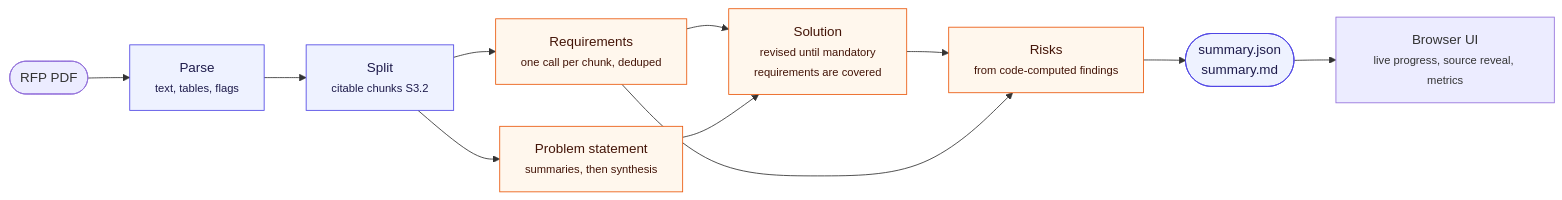
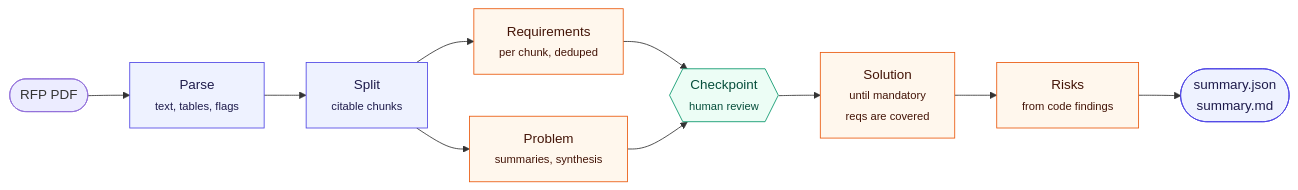
One commit to lofeodo/rfp-solution-summary-generator changed the first of 3 diagrams in README.md. Above: the diagram before and after it, drawn with Mermaid. The commit also changed other lines of this file and 7 other files, not shown here.

````diff
--- a/README.md
+++ b/README.md
@@ -73,17 +12,18 @@
 ```mermaid
 flowchart LR
     PDF([RFP PDF]) --> A[Parse<br/><small>text, tables, flags</small>]
-    A --> B[Split<br/><small>citable chunks S3.2</small>]
-    B --> C[Requirements<br/><small>one call per chunk, deduped</small>]
-    B --> D[Problem statement<br/><small>summaries, then synthesis</small>]
-    C --> E[Solution<br/><small>revised until mandatory<br/>requirements are covered</small>]
-    D --> E
-    E --> F[Risks<br/><small>from code-computed findings</small>]
-    C --> F
+    A --> B[Split<br/><small>citable chunks</small>]
+    B --> C[Requirements<br/><small>per chunk, deduped</small>]
+    B --> D[Problem<br/><small>summaries, synthesis</small>]
+    C --> H{{Checkpoint<br/><small>human review</small>}}
+    D --> H
+    H --> E[Solution<br/><small>until mandatory<br/>reqs are covered</small>]
+    E --> F[Risks<br/><small>from code findings</small>]
     F --> G([summary.json<br/>summary.md])
-    G --> UI[Browser UI<br/><small>live progress, source reveal, metrics</small>]
     classDef code fill:#eef2ff,stroke:#4f46e5,color:#1e1b4b
     classDef llm fill:#fff7ed,stroke:#ea580c,color:#431407
+    classDef human fill:#ecfdf5,stroke:#059669,color:#064e3b
     class A,B,G code
     class C,D,E,F llm
+    class H human
 ```
````
